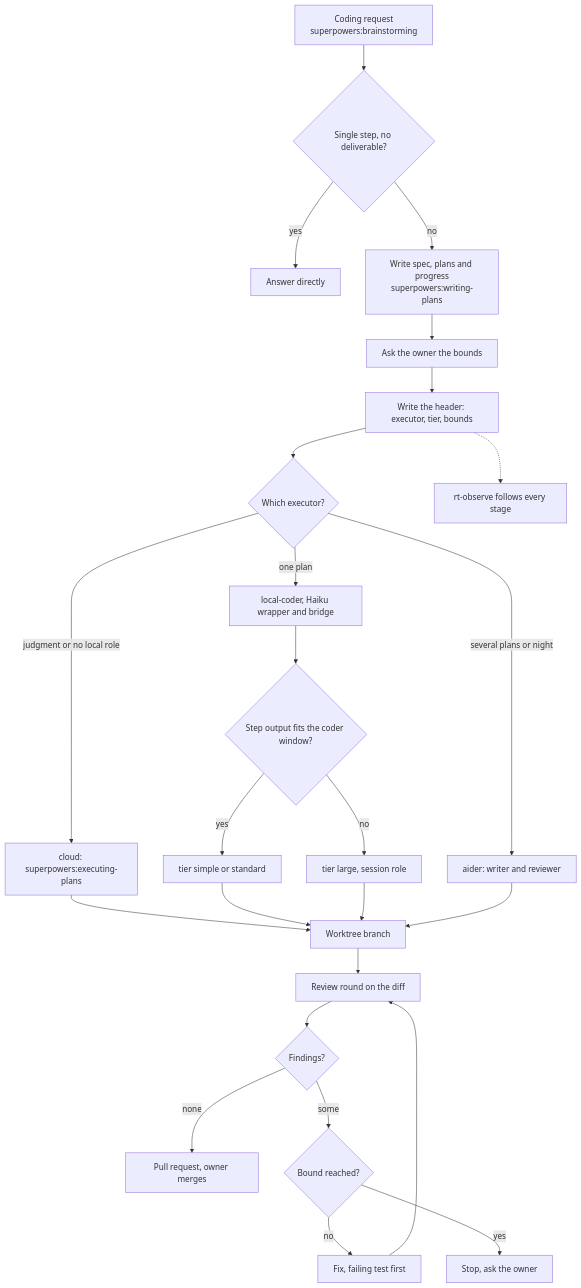
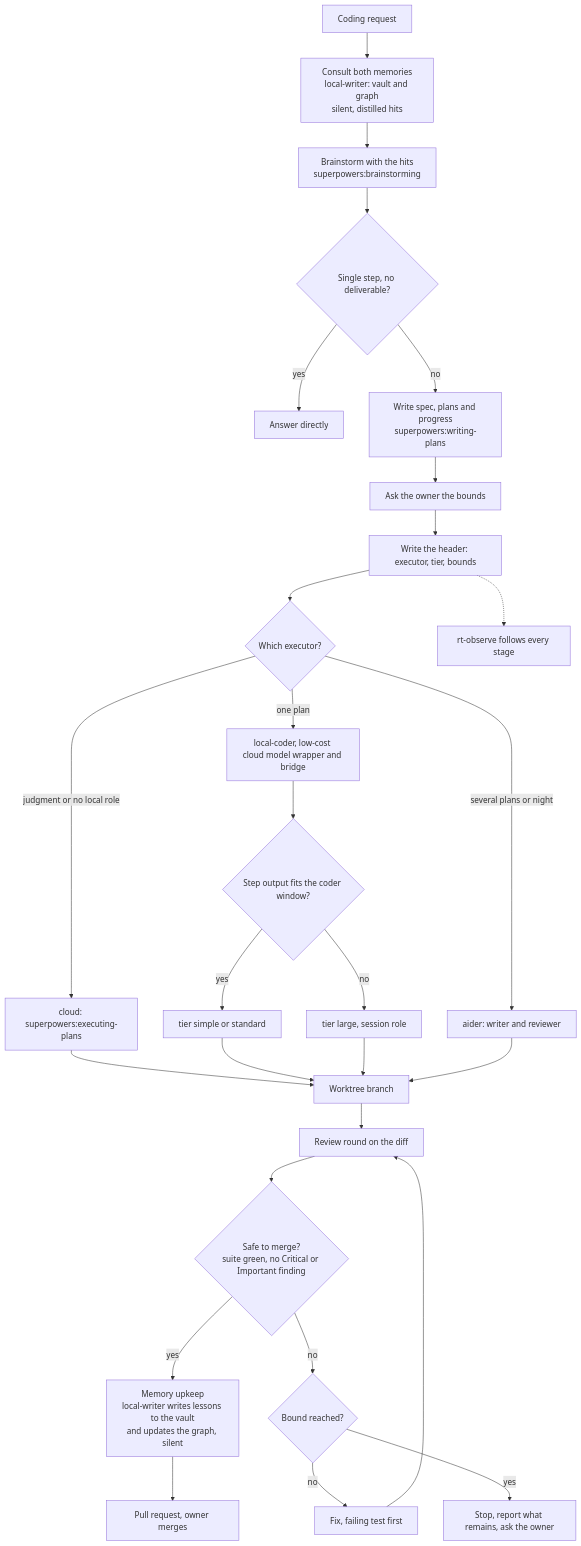
One commit to LARi-UQAC/ResearchTools changed the diagram in docs/manual/diagrams/local-coding-flow.mmd. Above: the diagram before and after it, drawn with Mermaid. The commit also changed 5 other files, not shown here.

First line of the commit message:
docs(manual): correct the local-coding figure and chapter 12

```diff
--- a/docs/manual/diagrams/local-coding-flow.mmd
+++ b/docs/manual/diagrams/local-coding-flow.mmd
@@ -1,24 +1,27 @@
 flowchart TD
-    A["Coding request<br/>superpowers:brainstorming"] --> B{Single step, no deliverable?}
+    A0["Coding request"] --> X["Consult both memories<br/>local-writer: vault and graph<br/>silent, distilled hits"]
+    X --> A["Brainstorm with the hits<br/>superpowers:brainstorming"]
+    A --> B{Single step, no deliverable?}
     B -- yes --> C[Answer directly]
     B -- no --> D["Write spec, plans and progress<br/>superpowers:writing-plans"]
     D --> E[Ask the owner the bounds]
     E --> F[Write the header: executor, tier, bounds]
     F --> G{Which executor?}
     G -- judgment or no local role --> H["cloud: superpowers:executing-plans"]
-    G -- one plan --> J[local-coder, Haiku wrapper and bridge]
+    G -- one plan --> J[local-coder, low-cost cloud model wrapper and bridge]
     J --> K{Step output fits the coder window?}
     K -- yes --> L[tier simple or standard]
     K -- no --> M[tier large, session role]
     G -- several plans or night --> N[aider: writer and reviewer]
     H --> O[Worktree branch]
     L --> O
     M --> O
     N --> O
     O --> P[Review round on the diff]
-    P --> Q{Findings?}
-    Q -- none --> R[Pull request, owner merges]
-    Q -- some --> S{Bound reached?}
+    P --> Q{"Safe to merge?<br/>suite green, no Critical or Important finding"}
+    Q -- yes --> Y["Memory upkeep<br/>local-writer writes lessons to the vault<br/>and updates the graph, silent"]
+    Y --> R[Pull request, owner merges]
+    Q -- no --> S{Bound reached?}
     S -- no --> T[Fix, failing test first] --> P
-    S -- yes --> U[Stop, ask the owner]
+    S -- yes --> U[Stop, report what remains, ask the owner]
     F -.-> V[rt-observe follows every stage]
```
